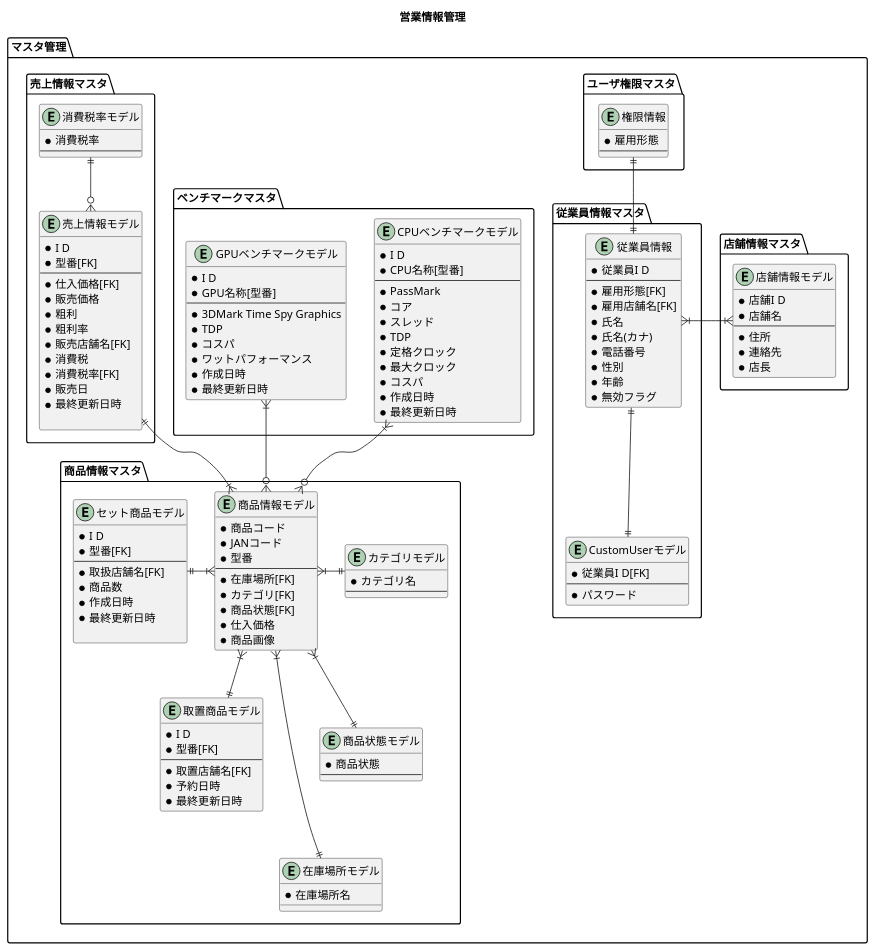
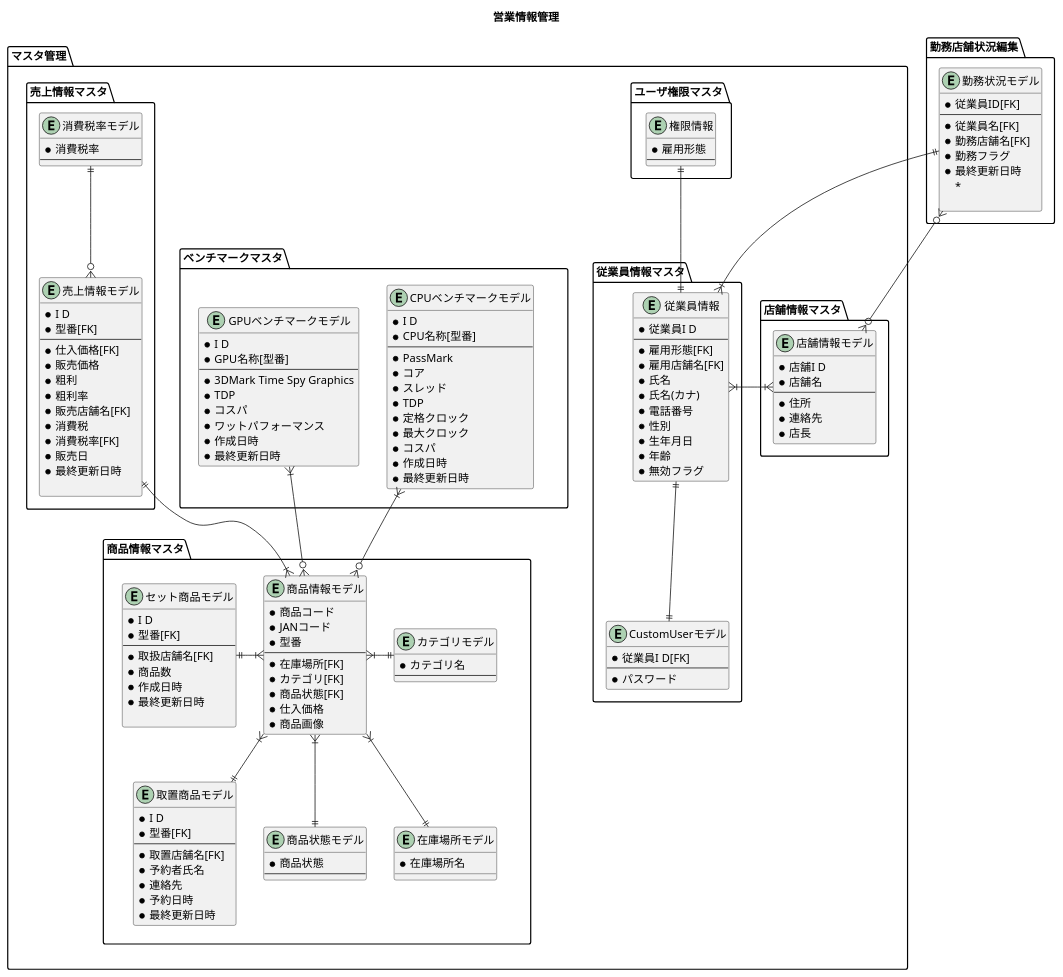
One commit to HaruShim/Sotuken changed the diagram in 各種設計書/5クラス図/ER図.plantuml. Above: the diagram before and after it, drawn with PlantUML. The commit also changed 3 other files, not shown here.

```diff
--- a/各種設計書/5クラス図/ER図.plantuml
+++ b/各種設計書/5クラス図/ER図.plantuml
@@ -15,6 +15,7 @@
       *氏名(カナ)
       *電話番号
       *性別
+      *生年月日
       *年齢
       *無効フラグ
     }
@@ -68,6 +69,8 @@
       *型番[FK]
       --
       *取置店舗名[FK]
+      *予約者氏名
+      *連絡先
       *予約日時
       *最終更新日時
     }
@@ -133,20 +136,40 @@
     }
   }
 }
+
+package "勤務店舗状況編集"{
+  entity "勤務状況モデル" as M15{
+    *従業員ID[FK]
+    --
+    *従業員名[FK]
+    *勤務店舗名[FK]
+    *勤務フラグ
+    *最終更新日時
+    *
+    
+  }
+}
+
+ベンチマークマスタ -[hidden]up- 商品情報マスタ
+
 M02 ||--|| M03
 M02 }|-r-|{ M04
 M02 ||-u-|| M05
 M13 ||--o{ M06
 M08 }|--o{ M01
 M09 }|--o{ M01
-M10 -[hidden]down- M11
-M11 -[hidden]down- M12
+M07 -[hidden]right-M11
+M11 -[hidden]right-M12
+' M10 -[hidden]down- M11
+' M11 -[hidden]down- M12
 M06 ||--|{ M01
 M10 ||-l-|{ M01
 M11 ||-l-|{ M01
-M12 ||-d-|{ M01 
+M12 ||-u-|{ M01 
 M14 ||-r-|{ M01 
 M07 ||-u-|{ M01
+M15 ||--|{ M02
+M15 }o--o{ M04
 
 
 ' M08 -[hidden]down- M09
```
